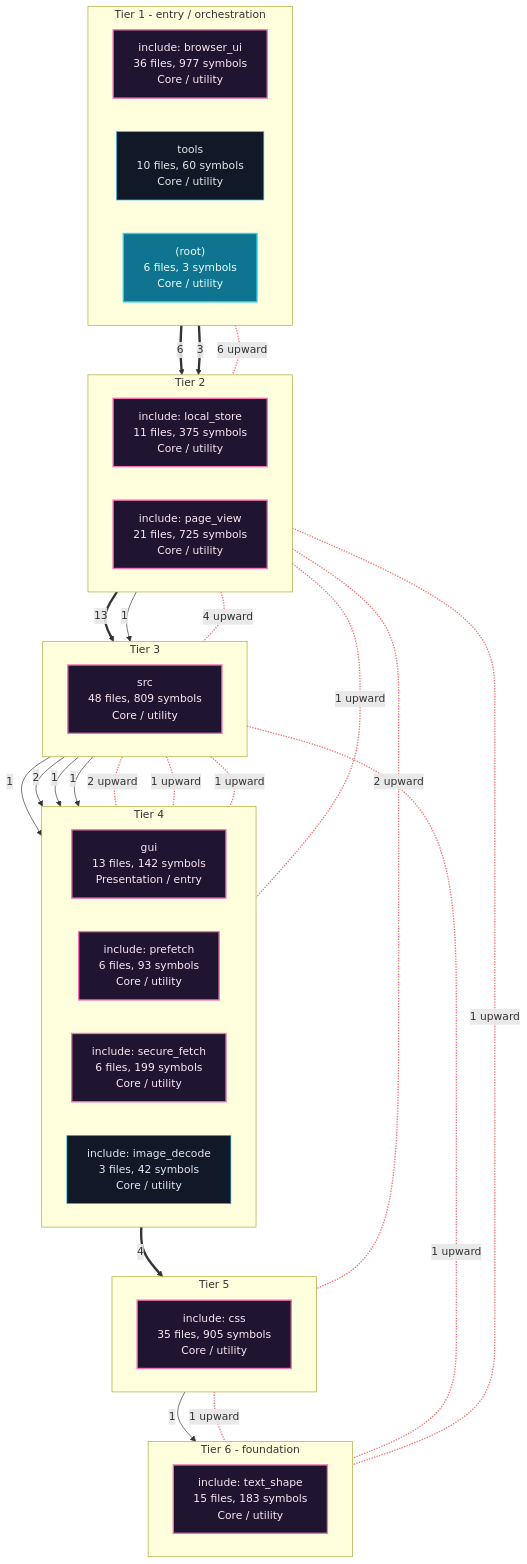
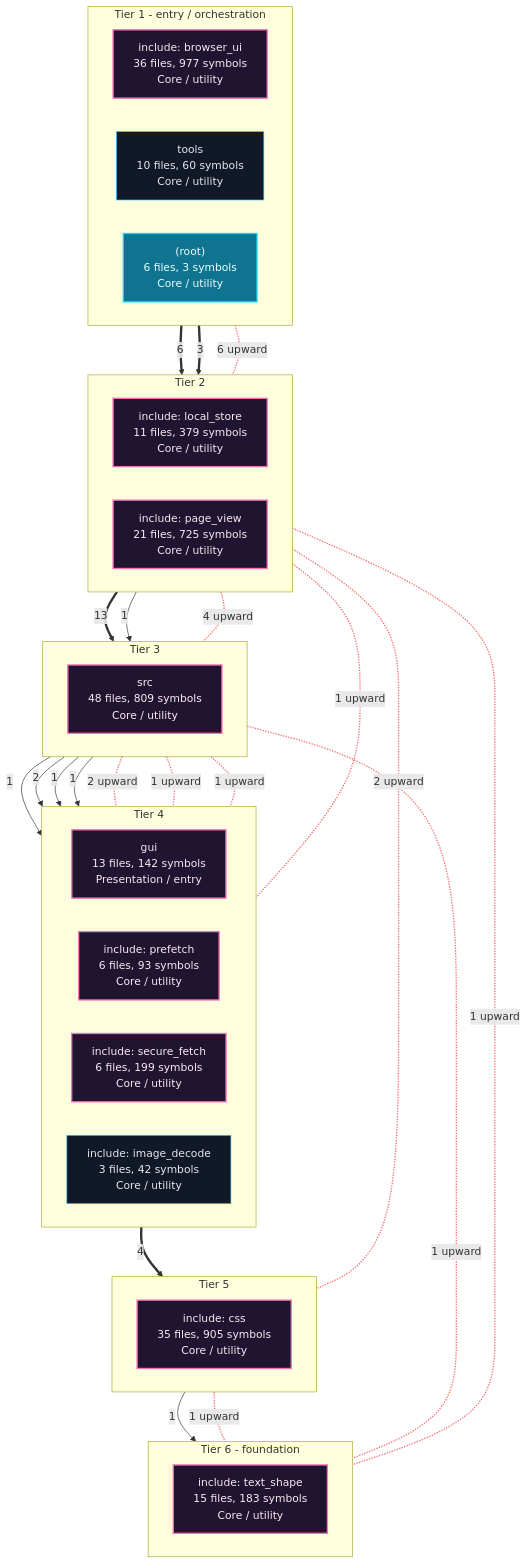
One commit to grisuno/FreeDom changed the first of 7 diagrams in readmenator-apidocs/architecture.md. Above: the diagram before and after it, drawn with Mermaid. The commit also changed 75 other files, not shown here.

````diff
--- a/readmenator-apidocs/architecture.md
+++ b/readmenator-apidocs/architecture.md
@@ -11,62 +11,62 @@
 ```mermaid
 flowchart TB
     classDef cycle fill:#1f1530,stroke:#f472b6,color:#fce7f3,stroke-width:2px;
     classDef default fill:#111827,stroke:#38bdf8,color:#e5e7eb;
     classDef entry fill:#0e7490,stroke:#22d3ee,color:#ecfeff,stroke-width:2px;
     subgraph lane_0["Tier 1 - entry / orchestration"]
         direction LR
         n_c1["include: browser_ui<br/>36 files, 977 symbols<br/>Core / utility"]:::cycle
         n_d_tools["tools<br/>10 files, 60 symbols<br/>Core / utility"]:::default
         n_d__root_["(root)<br/>6 files, 3 symbols<br/>Core / utility"]:::entry
     end
     subgraph lane_1["Tier 2"]
         direction LR
-        n_c5["include: local_store<br/>11 files, 375 symbols<br/>Core / utility"]:::cycle
+        n_c5["include: local_store<br/>11 files, 379 symbols<br/>Core / utility"]:::cycle
         n_c3["include: page_view<br/>21 files, 725 symbols<br/>Core / utility"]:::cycle
     end
     subgraph lane_2["Tier 3"]
         direction LR
         n_c0["src<br/>48 files, 809 symbols<br/>Core / utility"]:::cycle
     end
     subgraph lane_3["Tier 4"]
         direction LR
         n_c6["gui<br/>13 files, 142 symbols<br/>Presentation / entry"]:::cycle
         n_c8["include: prefetch<br/>6 files, 93 symbols<br/>Core / utility"]:::cycle
         n_c7["include: secure_fetch<br/>6 files, 199 symbols<br/>Core / utility"]:::cycle
         n_c9["include: image_decode<br/>3 files, 42 symbols<br/>Core / utility"]:::default
     end
     subgraph lane_4["Tier 5"]
         direction LR
         n_c2["include: css<br/>35 files, 905 symbols<br/>Core / utility"]:::cycle
     end
     subgraph lane_5["Tier 6 - foundation"]
         direction LR
         n_c4["include: text_shape<br/>15 files, 183 symbols<br/>Core / utility"]:::cycle
     end
     n_c0 -->|"1"| n_c6
     n_c0 -->|"2"| n_c7
     n_c0 -->|"1"| n_c8
     n_c0 -->|"1"| n_c9
     n_c1 ==>|"6"| n_c3
     n_c1 ==>|"3"| n_c5
     n_c2 -->|"1"| n_c4
     n_c3 ==>|"13"| n_c0
     n_c5 -->|"1"| n_c0
     n_c6 ==>|"4"| n_c2
     n_c3 <-.-|"4 upward"| n_c0
     n_c3 <-.-|"2 upward"| n_c2
     n_c1 <-.-|"6 upward"| n_c3
     n_c0 <-.-|"1 upward"| n_c4
     n_c2 <-.-|"1 upward"| n_c4
     n_c3 <-.-|"1 upward"| n_c4
     n_c0 <-.-|"2 upward"| n_c6
     n_c3 <-.-|"1 upward"| n_c6
     n_c0 <-.-|"1 upward"| n_c7
     n_c0 <-.-|"1 upward"| n_c8
     linkStyle 10,11,12,13,14,15,16,17,18,19 stroke:#f87171,stroke-width:2px;
     n_c1 ~~~ n_c5
     n_c5 ~~~ n_c0
     n_c0 ~~~ n_c6
     n_c6 ~~~ n_c2
     n_c2 ~~~ n_c4
 ```
````
